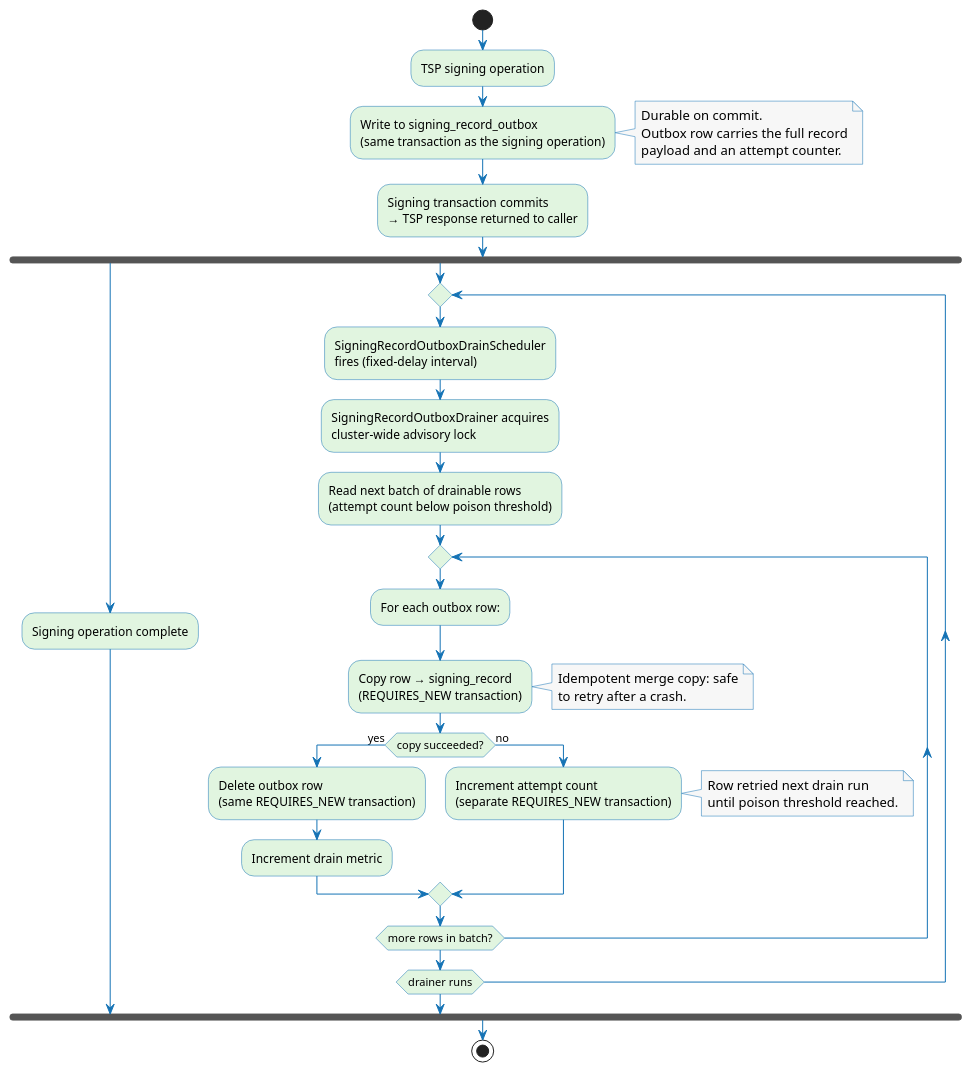
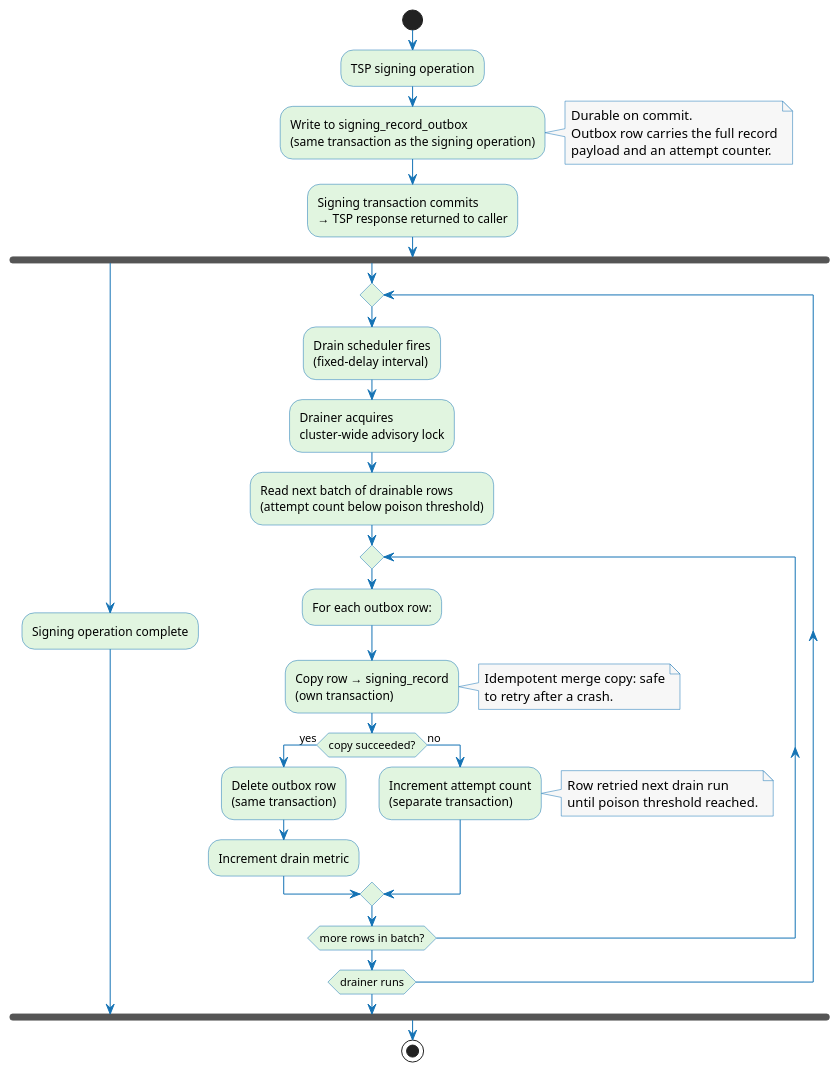
The diagram in docs/signing/timestamping/signing-records.md (CZERTAINLY/CZERTAINLY-Documentation), drawn with PlantUML before and after one commit. The commit also changed other lines of this file and 8 other files, not shown here.

````diff
--- a/docs/signing/timestamping/signing-records.md
+++ b/docs/signing/timestamping/signing-records.md
@@ -68,57 +68,57 @@
 ```plantuml
 @startuml
 skinparam activity {
     BorderColor #1573B5
     BackgroundColor #E1F5E0
     ArrowColor #1573B5
 }
 skinparam note {
     BackgroundColor #F7F7F7
     BorderColor #1573B5
 }
 
 start
 
 :TSP signing operation;
 
 :Write to signing_record_outbox\n(same transaction as the signing operation);
 
 note right
   Durable on commit.
   Outbox row carries the full record
   payload and an attempt counter.
 end note
 
 :Signing transaction commits\n→ TSP response returned to caller;
 
 fork
   :Signing operation complete;
 fork again
   repeat
-    :SigningRecordOutboxDrainScheduler\nfires (fixed-delay interval);
-    :SigningRecordOutboxDrainer acquires\ncluster-wide advisory lock;
+    :Drain scheduler fires\n(fixed-delay interval);
+    :Drainer acquires\ncluster-wide advisory lock;
     :Read next batch of drainable rows\n(attempt count below poison threshold);
     repeat
       :For each outbox row:;
-      :Copy row → signing_record\n(REQUIRES_NEW transaction);
+      :Copy row → signing_record\n(own transaction);
       note right
         Idempotent merge copy: safe
         to retry after a crash.
       end note
       if (copy succeeded?) then (yes)
-        :Delete outbox row\n(same REQUIRES_NEW transaction);
+        :Delete outbox row\n(same transaction);
         :Increment drain metric;
       else (no)
-        :Increment attempt count\n(separate REQUIRES_NEW transaction);
+        :Increment attempt count\n(separate transaction);
         note right
           Row retried next drain run
           until poison threshold reached.
         end note
       endif
     repeat while (more rows in batch?)
   repeat while (drainer runs)
 endfork
 
 stop
 @enduml
 ```
````
